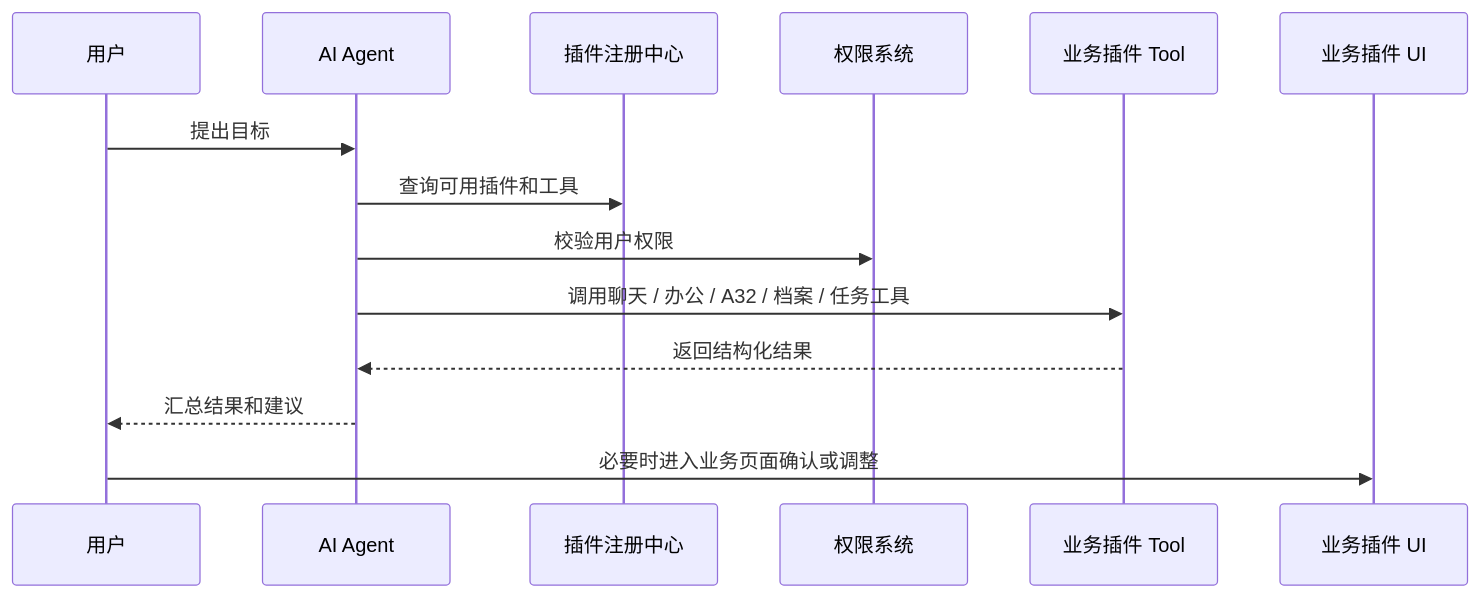
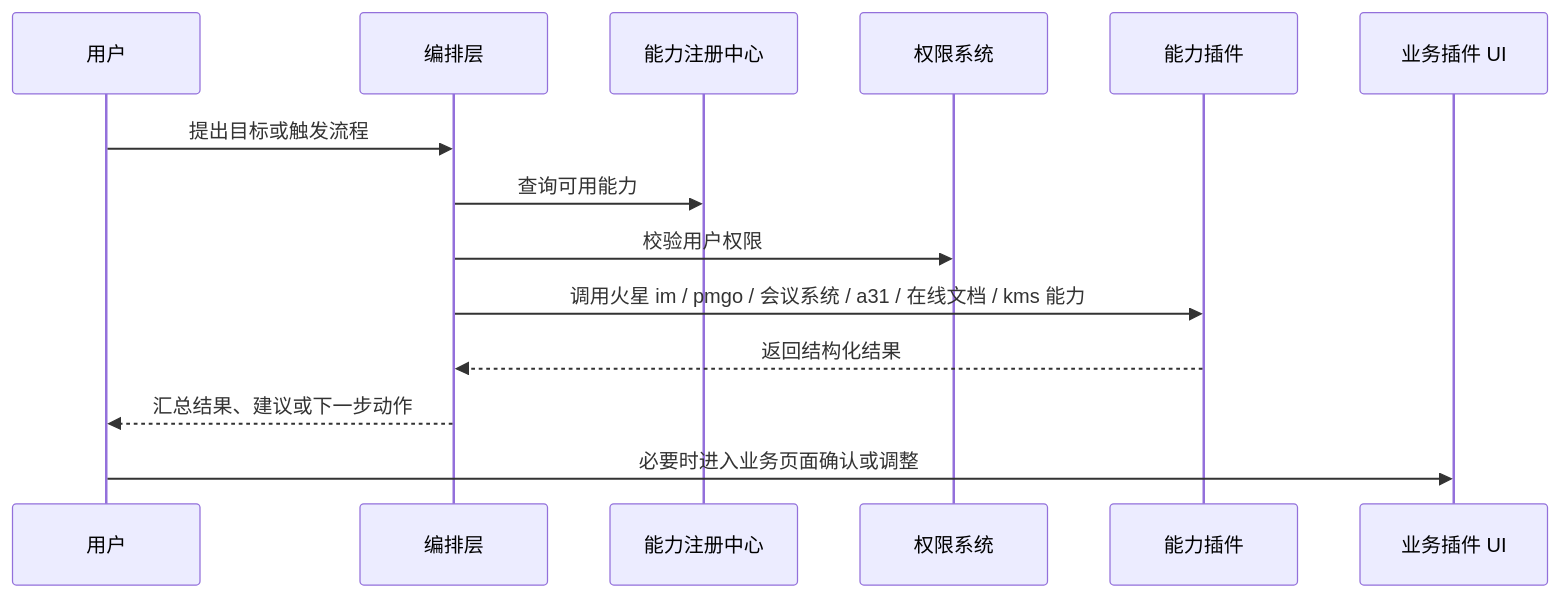
The third of 6 diagrams in job/mod/ai-agent-internal-software-integration.md (XiaoYang1127/dev-doc), drawn with Mermaid before and after one commit. The commit also changed other lines of this file and 5 other files, not shown here.

````diff
--- a/job/mod/ai-agent-internal-software-integration.md
+++ b/job/mod/ai-agent-internal-software-integration.md
@@ -179,17 +175,17 @@
 ```mermaid
 sequenceDiagram
     participant U as 用户
-    participant A as AI Agent
-    participant P as 插件注册中心
+    participant O as 编排层
+    participant P as 能力注册中心
     participant Auth as 权限系统
-    participant T as 业务插件 Tool
+    participant T as 能力插件
     participant UI as 业务插件 UI
 
-    U->>A: 提出目标
-    A->>P: 查询可用插件和工具
-    A->>Auth: 校验用户权限
-    A->>T: 调用聊天 / 办公 / A32 / 档案 / 任务工具
-    T-->>A: 返回结构化结果
-    A-->>U: 汇总结果和建议
+    U->>O: 提出目标或触发流程
+    O->>P: 查询可用能力
+    O->>Auth: 校验用户权限
+    O->>T: 调用火星 im / pmgo / 会议系统 / a31 / 在线文档 / kms 能力
+    T-->>O: 返回结构化结果
+    O-->>U: 汇总结果、建议或下一步动作
     U->>UI: 必要时进入业务页面确认或调整
 ```
````
